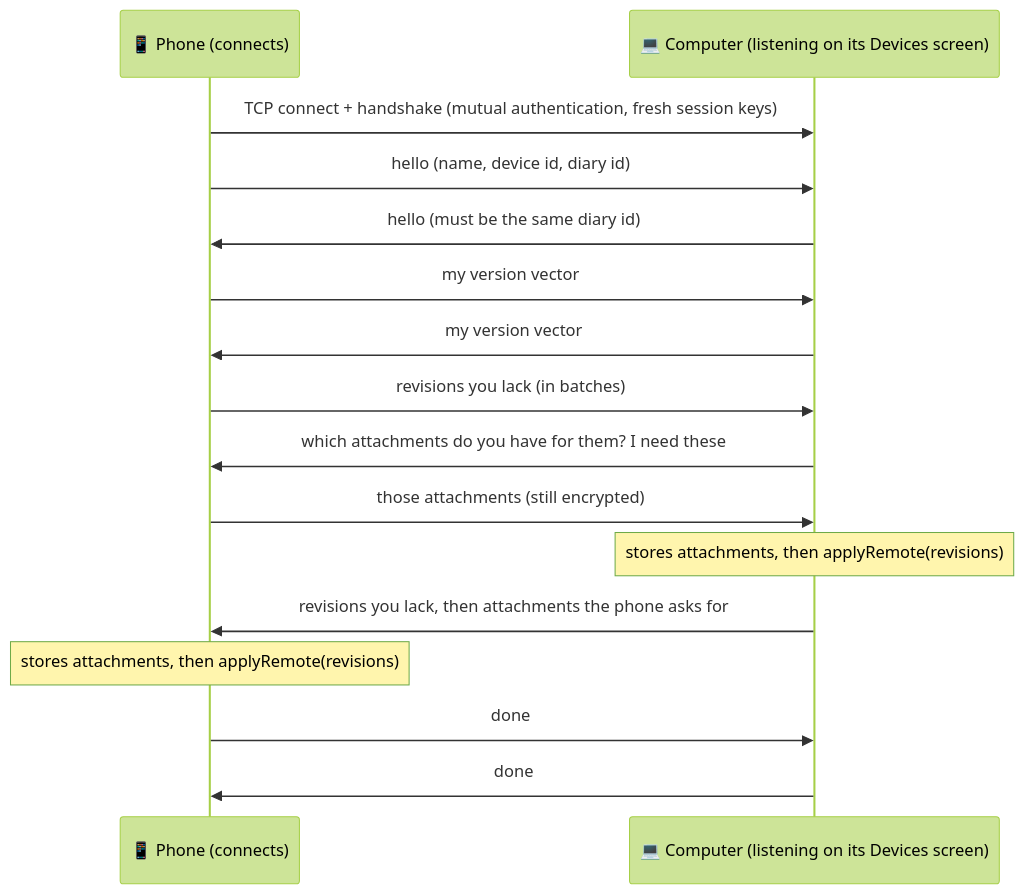
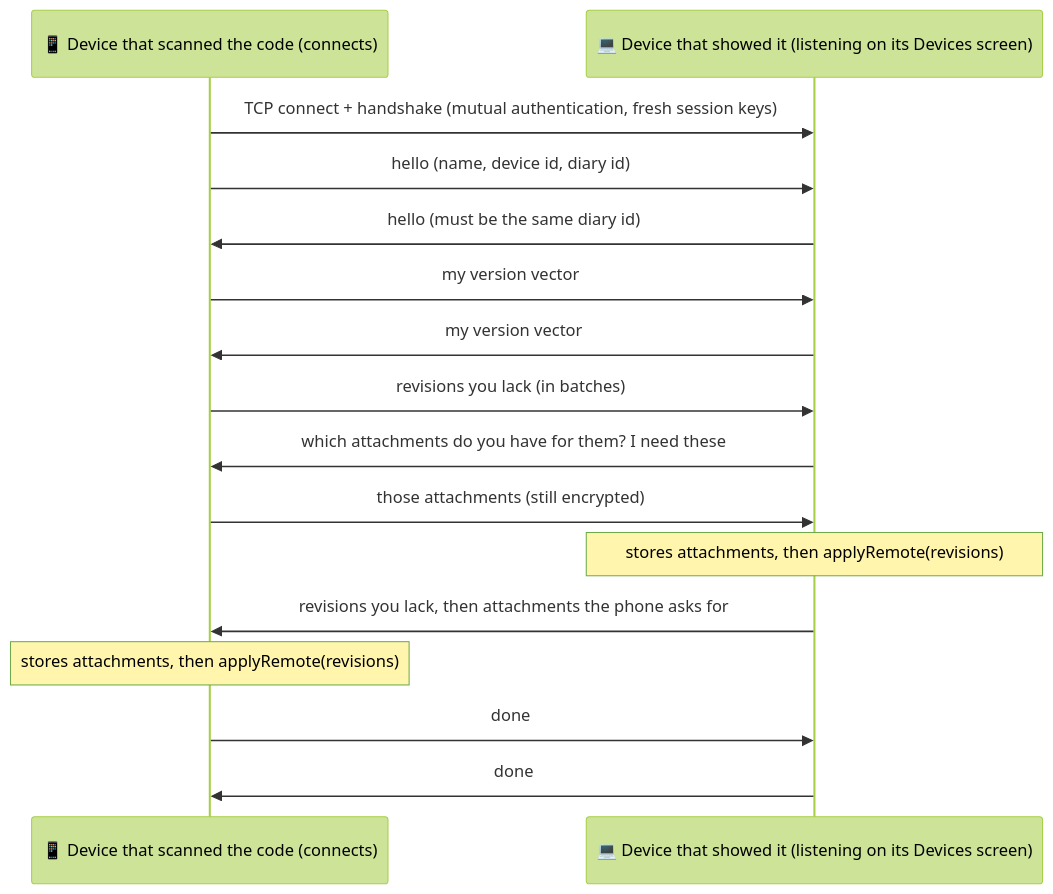
The second of 5 diagrams in docs/history-and-sync.md (igrvlhlb/secrt), drawn with Mermaid (forest theme) before and after one commit. The commit also changed other lines of this file and 1 other file, not shown here.

Commit message:
Update handoff and docs for setting up from another device

````diff
--- a/docs/history-and-sync.md
+++ b/docs/history-and-sync.md
@@ -123,18 +123,18 @@
 ```mermaid
 sequenceDiagram
-    participant P as 📱 Phone (connects)
-    participant C as 💻 Computer (listening on its Devices screen)
+    participant P as 📱 Device that scanned the code (connects)
+    participant C as 💻 Device that showed it (listening on its Devices screen)
     P->>C: TCP connect + handshake (mutual authentication, fresh session keys)
     P->>C: hello (name, device id, diary id)
     C->>P: hello (must be the same diary id)
     P->>C: my version vector
     C->>P: my version vector
     P->>C: revisions you lack (in batches)
     C->>P: which attachments do you have for them? I need these
     P->>C: those attachments (still encrypted)
     Note over C: stores attachments, then applyRemote(revisions)
     C->>P: revisions you lack, then attachments the phone asks for
     Note over P: stores attachments, then applyRemote(revisions)
     P->>C: done
     C->>P: done
 ```
````
